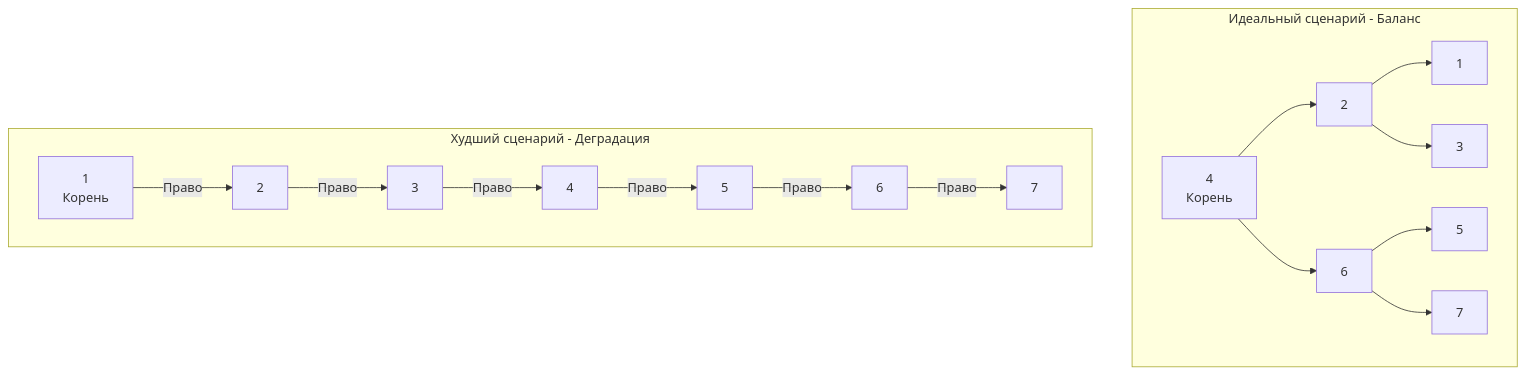
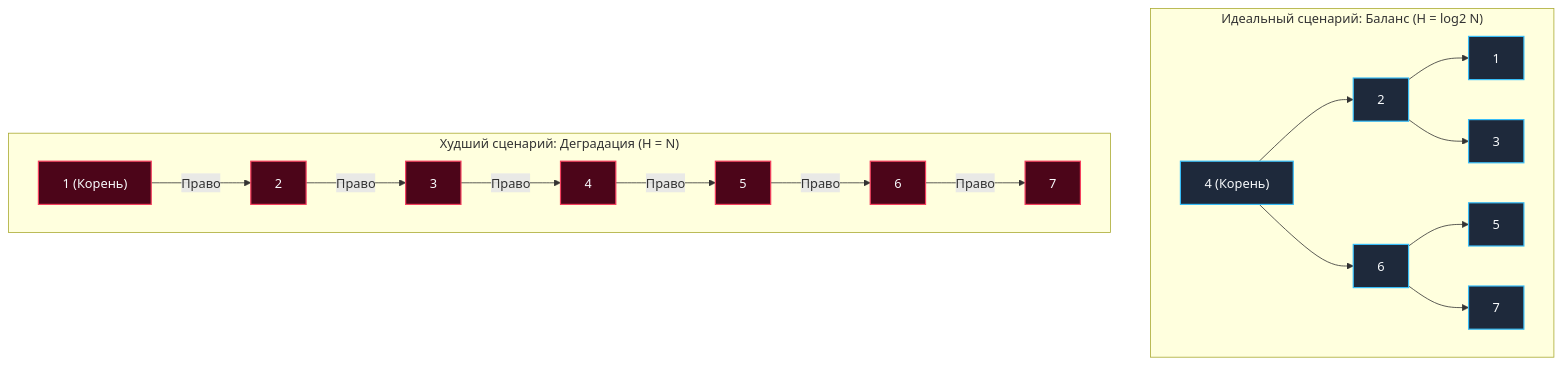
Before and after one commit to UnrealTemplier/go-textbook: the diagram in sources/20. Алгоритмы и структуры данных (DSA) на Go/04. Деревья. Основы/4. Проблемы несбалансированных деревьев.md, drawn with Mermaid. The commit also changed other lines of this file, not shown here.

````diff
--- a/sources/20. Алгоритмы и структуры данных (DSA) на Go/04. Деревья. Основы/4. Проблемы несбалансированных деревьев.md
+++ b/sources/20. Алгоритмы и структуры данных (DSA) на Go/04. Деревья. Основы/4. Проблемы несбалансированных деревьев.md
@@ -16,20 +19,26 @@
 ```mermaid
 flowchart TD
-    subgraph Идеальный сценарий - Баланс
-        B4["4<br>Корень"] --> B2["2"]
+    subgraph Balanced["Идеальный сценарий: Баланс (H = log2 N)"]
+        B4["4 (Корень)"] --> B2["2"]
         B4 --> B6["6"]
         B2 --> B1["1"]
         B2 --> B3["3"]
         B6 --> B5["5"]
         B6 --> B7["7"]
     end
 
-    subgraph Худший сценарий - Деградация
-        W1["1<br>Корень"] -->|"Право"| W2["2"]
+    subgraph Degenerated["Худший сценарий: Деградация (H = N)"]
+        W1["1 (Корень)"] -->|"Право"| W2["2"]
         W2 -->|"Право"| W3["3"]
         W3 -->|"Право"| W4["4"]
         W4 -->|"Право"| W5["5"]
         W5 -->|"Право"| W6["6"]
         W6 -->|"Право"| W7["7"]
     end
+
+    classDef balNode fill:#1e293b,stroke:#38bdf8,stroke-width:1.5px,color:#f8fafc;
+    classDef degNode fill:#4c0519,stroke:#f43f5e,stroke-width:1.5px,color:#f8fafc;
+
+    class B1,B2,B3,B4,B5,B6,B7 balNode;
+    class W1,W2,W3,W4,W5,W6,W7 degNode;
 ```
````
